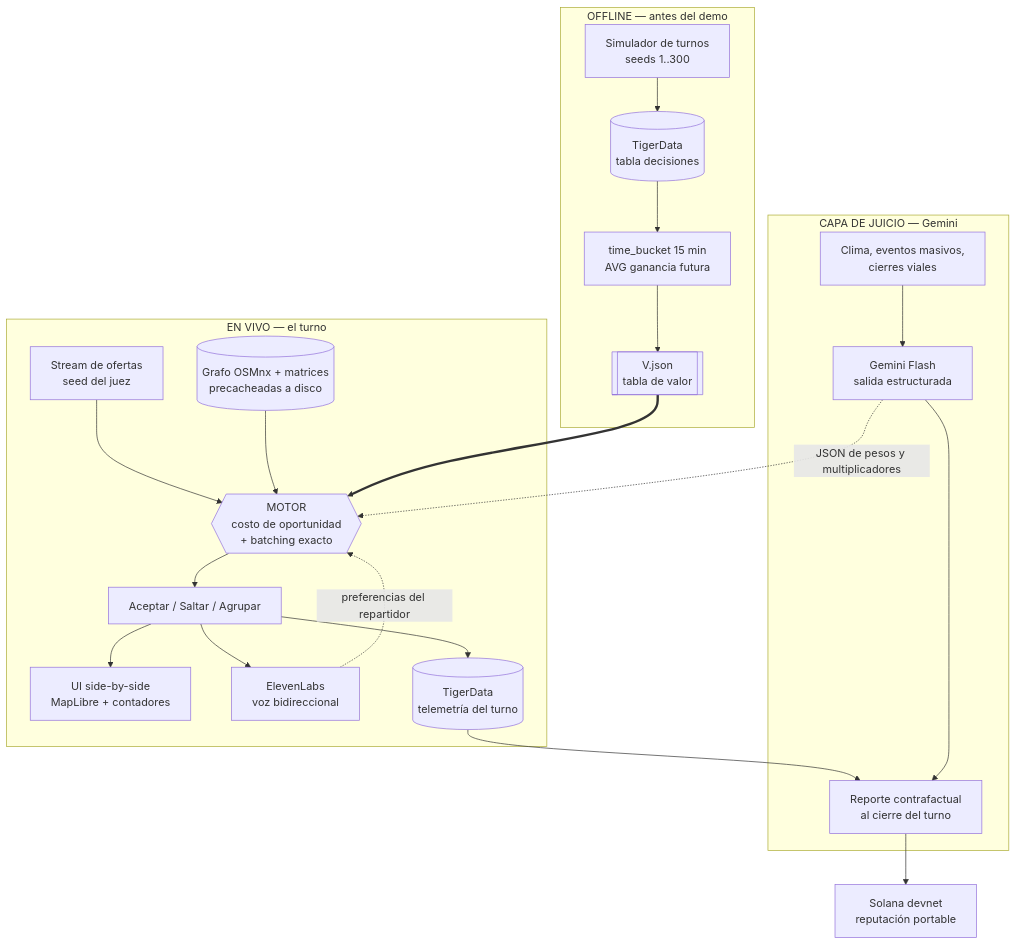
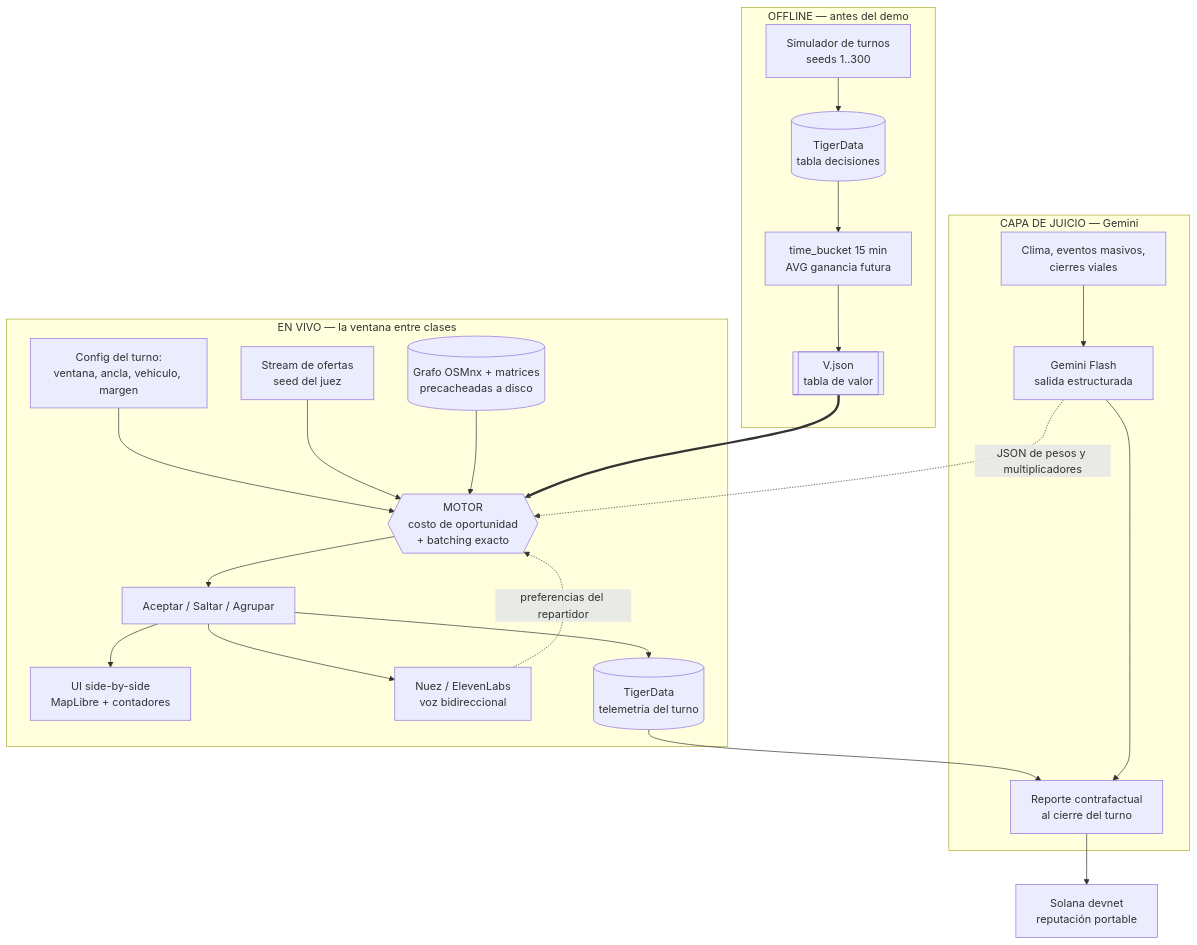
One commit to Roberto0611/CoDriver changed the first of 2 diagrams in agents.md. Above: the diagram before and after it, drawn with Mermaid. The commit also changed other lines of this file, not shown here.

````diff
--- a/agents.md
+++ b/agents.md
@@ -64,28 +137,29 @@
 ```mermaid
 flowchart TB
     subgraph OFF["OFFLINE — antes del demo"]
         SIM["Simulador de turnos<br/>seeds 1..300"] --> LOG[("TigerData<br/>tabla decisiones")]
         LOG --> AGG["time_bucket 15 min<br/>AVG ganancia futura"]
         AGG --> V[["V.json<br/>tabla de valor"]]
     end
 
-    subgraph LIVE["EN VIVO — el turno"]
+    subgraph LIVE["EN VIVO — la ventana entre clases"]
+        CFG["Config del turno:<br/>ventana, ancla, vehiculo, margen"] --> ENG
         STREAM["Stream de ofertas<br/>seed del juez"] --> ENG
         GRAFO[("Grafo OSMnx + matrices<br/>precacheadas a disco")] --> ENG
         ENG{{"MOTOR<br/>costo de oportunidad<br/>+ batching exacto"}} --> DEC["Aceptar / Saltar / Agrupar"]
         DEC --> UI["UI side-by-side<br/>MapLibre + contadores"]
-        DEC --> VOZ["ElevenLabs<br/>voz bidireccional"]
+        DEC --> VOZ["Nuez / ElevenLabs<br/>voz bidireccional"]
         VOZ -.->|preferencias del repartidor| ENG
         DEC --> TEL[("TigerData<br/>telemetría del turno")]
     end
 
     subgraph JUI["CAPA DE JUICIO — Gemini"]
         MUNDO["Clima, eventos masivos,<br/>cierres viales"] --> GEM["Gemini Flash<br/>salida estructurada"]
         GEM -.->|JSON de pesos y multiplicadores| ENG
         TEL --> REP["Reporte contrafactual<br/>al cierre del turno"]
         GEM --> REP
     end
 
     V ==> ENG
     REP --> SOL["Solana devnet<br/>reputación portable"]
 ```
````
